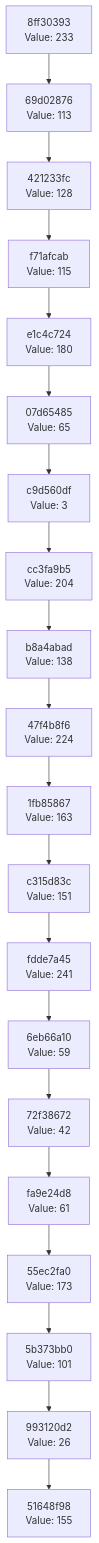
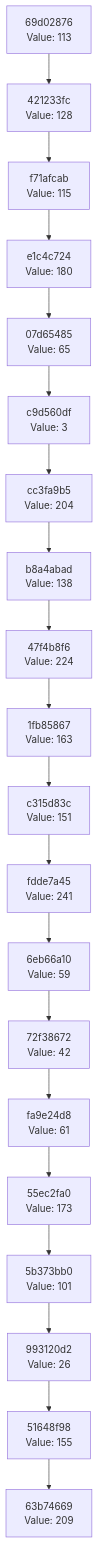
The diagram in docs/CHAIN_VISUALIZATION.md (Abhisheksinha1506/hash-chain-evolver), drawn with Mermaid before and after one commit. The commit also changed 1 other file, not shown here.

Commit message:
Evolution step: hash 0xD1 → action executed

````diff
--- a/docs/CHAIN_VISUALIZATION.md
+++ b/docs/CHAIN_VISUALIZATION.md
@@ -3,42 +3,42 @@
 ```mermaid
 graph TD
-    C0["51648f98<br/>Value: 155"]
-    C1["993120d2<br/>Value: 26"]
+    C0["63b74669<br/>Value: 209"]
+    C1["51648f98<br/>Value: 155"]
     C1 --> C0
-    C2["5b373bb0<br/>Value: 101"]
+    C2["993120d2<br/>Value: 26"]
     C2 --> C1
-    C3["55ec2fa0<br/>Value: 173"]
+    C3["5b373bb0<br/>Value: 101"]
     C3 --> C2
-    C4["fa9e24d8<br/>Value: 61"]
+    C4["55ec2fa0<br/>Value: 173"]
     C4 --> C3
-    C5["72f38672<br/>Value: 42"]
+    C5["fa9e24d8<br/>Value: 61"]
     C5 --> C4
-    C6["6eb66a10<br/>Value: 59"]
+    C6["72f38672<br/>Value: 42"]
     C6 --> C5
-    C7["fdde7a45<br/>Value: 241"]
+    C7["6eb66a10<br/>Value: 59"]
     C7 --> C6
-    C8["c315d83c<br/>Value: 151"]
+    C8["fdde7a45<br/>Value: 241"]
     C8 --> C7
-    C9["1fb85867<br/>Value: 163"]
+    C9["c315d83c<br/>Value: 151"]
     C9 --> C8
-    C10["47f4b8f6<br/>Value: 224"]
+    C10["1fb85867<br/>Value: 163"]
     C10 --> C9
-    C11["b8a4abad<br/>Value: 138"]
+    C11["47f4b8f6<br/>Value: 224"]
     C11 --> C10
-    C12["cc3fa9b5<br/>Value: 204"]
+    C12["b8a4abad<br/>Value: 138"]
     C12 --> C11
-    C13["c9d560df<br/>Value: 3"]
+    C13["cc3fa9b5<br/>Value: 204"]
     C13 --> C12
-    C14["07d65485<br/>Value: 65"]
+    C14["c9d560df<br/>Value: 3"]
     C14 --> C13
-    C15["e1c4c724<br/>Value: 180"]
+    C15["07d65485<br/>Value: 65"]
     C15 --> C14
-    C16["f71afcab<br/>Value: 115"]
+    C16["e1c4c724<br/>Value: 180"]
     C16 --> C15
-    C17["421233fc<br/>Value: 128"]
+    C17["f71afcab<br/>Value: 115"]
     C17 --> C16
-    C18["69d02876<br/>Value: 113"]
+    C18["421233fc<br/>Value: 128"]
     C18 --> C17
-    C19["8ff30393<br/>Value: 233"]
+    C19["69d02876<br/>Value: 113"]
     C19 --> C18
 ```
````
